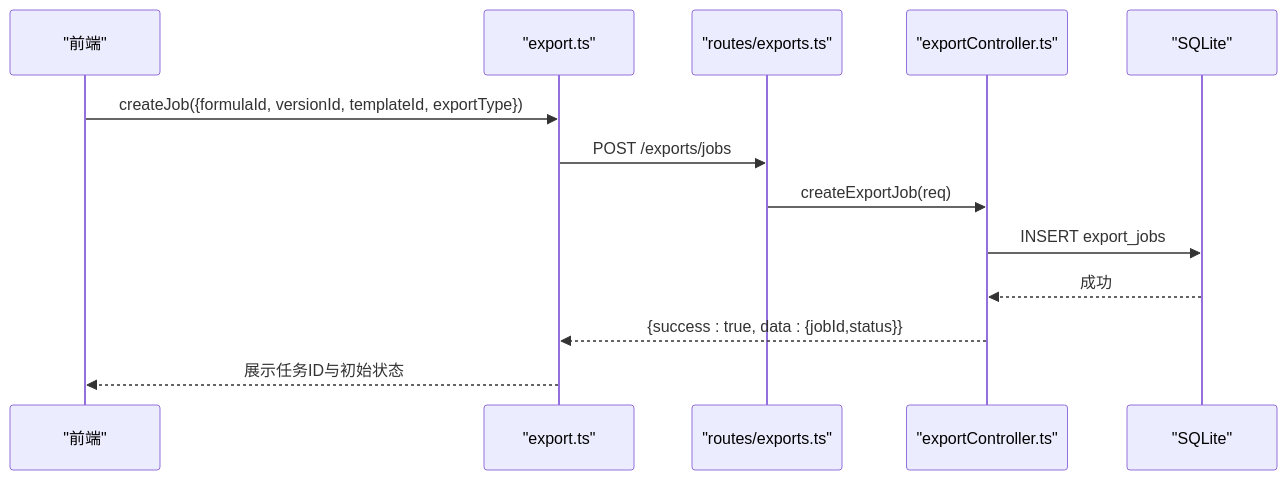
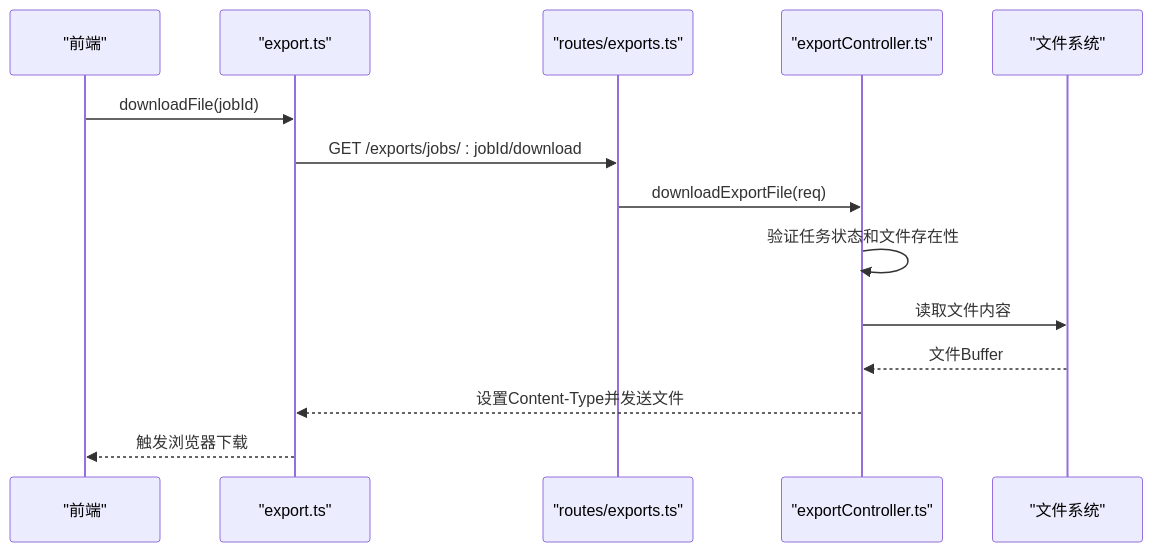
One commit to xpretycn/TingStudio changed the fifth of 10 diagrams in .qoder/repowiki/zh/content/后端开发指南/控制器层实现/导出控制器.md. Above: the diagram before and after it, drawn with Mermaid. The commit also changed other lines of this file and 56 other files, not shown here.

````diff
--- a/.qoder/repowiki/zh/content/后端开发指南/控制器层实现/导出控制器.md
+++ b/.qoder/repowiki/zh/content/后端开发指南/控制器层实现/导出控制器.md
@@ -163,15 +214,16 @@
 ```mermaid
 sequenceDiagram
 participant FE as "前端"
 participant API as "export.ts"
 participant ROUTES as "routes/exports.ts"
 participant CTRL as "exportController.ts"
-participant DB as "SQLite"
-FE->>API : createJob({formulaId, versionId, templateId, exportType})
-API->>ROUTES : POST /exports/jobs
-ROUTES->>CTRL : createExportJob(req)
-CTRL->>DB : INSERT export_jobs
-DB-->>CTRL : 成功
-CTRL-->>API : {success : true, data : {jobId,status}}
-API-->>FE : 展示任务ID与初始状态
+participant FS as "文件系统"
+FE->>API : downloadFile(jobId)
+API->>ROUTES : GET /exports/jobs/ : jobId/download
+ROUTES->>CTRL : downloadExportFile(req)
+CTRL->>CTRL : 验证任务状态和文件存在性
+CTRL->>FS : 读取文件内容
+FS-->>CTRL : 文件Buffer
+CTRL-->>API : 设置Content-Type并发送文件
+API-->>FE : 触发浏览器下载
 ```
````
